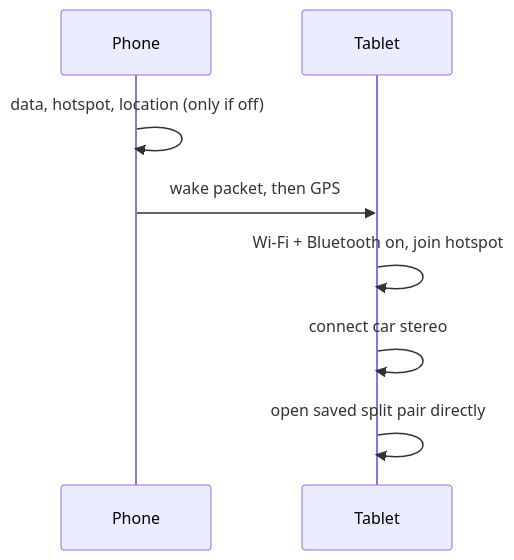
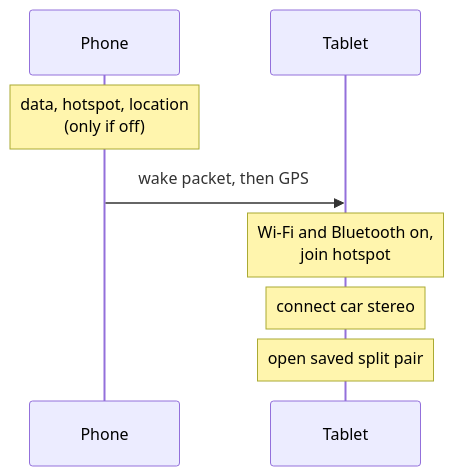
Before and after one commit to nathanrodrigues2111/carapp: the diagram in README.md, drawn with Mermaid. The commit also changed other lines of this file and 9 other files, not shown here.

````diff
--- a/README.md
+++ b/README.md
@@ -28,10 +65,10 @@
 ```mermaid
 sequenceDiagram
     participant P as Phone
     participant T as Tablet
-    P->>P: data, hotspot, location (only if off)
+    Note over P: data, hotspot, location<br/>(only if off)
     P->>T: wake packet, then GPS
-    T->>T: Wi-Fi + Bluetooth on, join hotspot
-    T->>T: connect car stereo
-    T->>T: open saved split pair directly
+    Note over T: Wi-Fi and Bluetooth on,<br/>join hotspot
+    Note over T: connect car stereo
+    Note over T: open saved split pair
 ```
````
